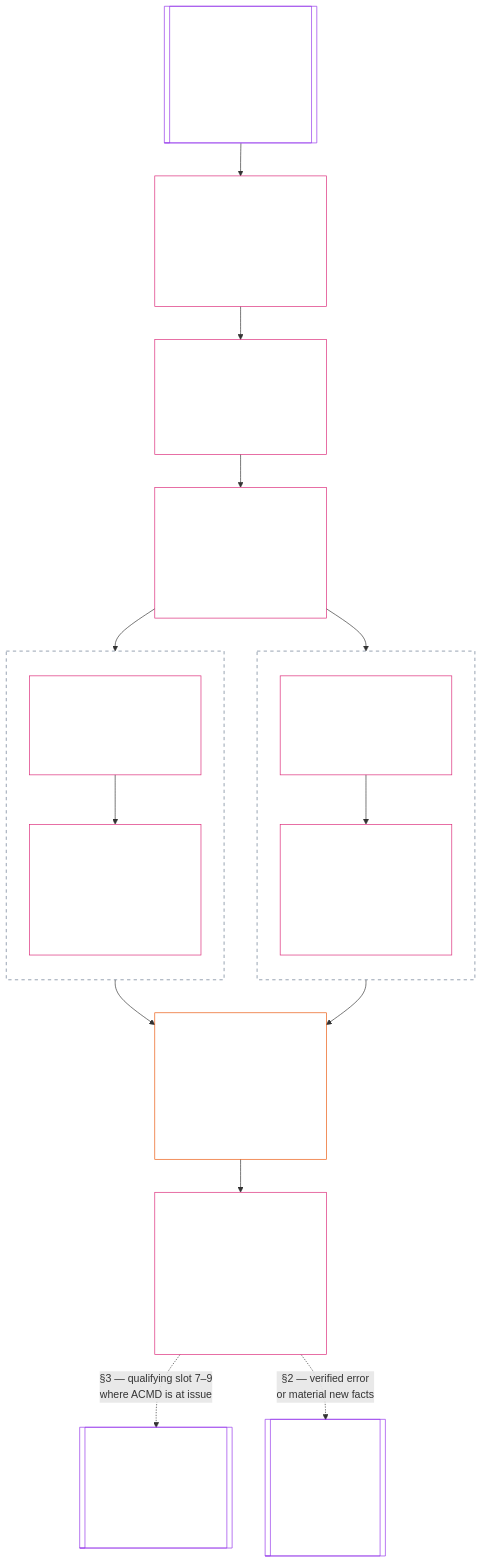
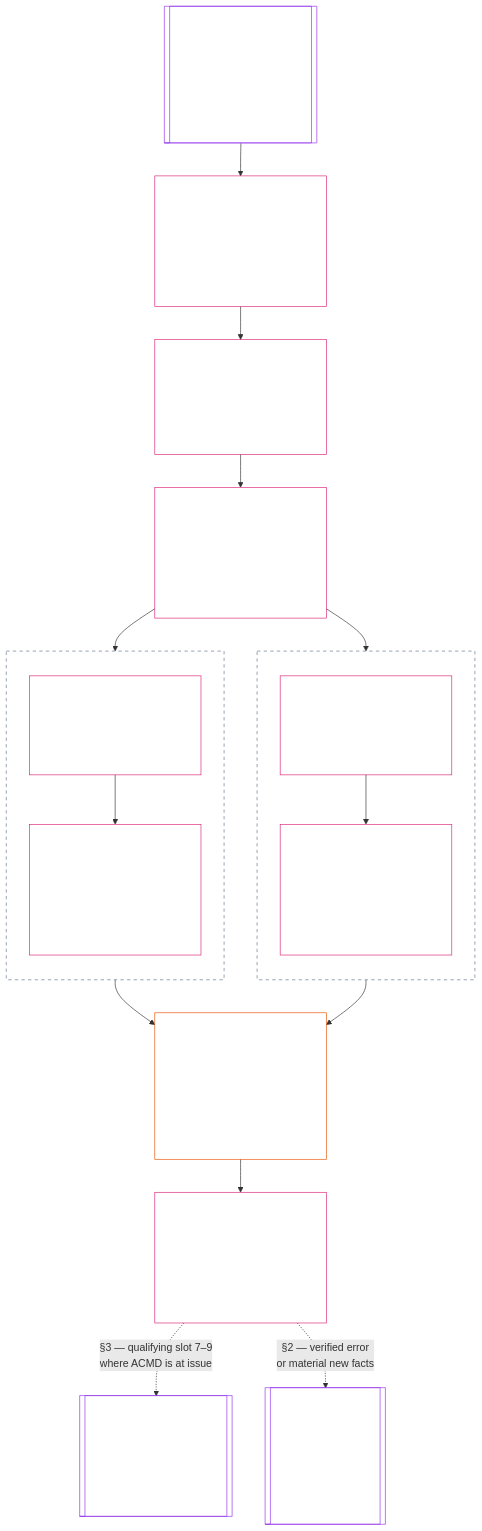
One commit to kfoelsch/Sentient_Constitution changed the diagram in core_13.000_standing_integration.md. Above: the diagram before and after it, drawn with Mermaid. The commit also changed other lines of this file and 23 other files, not shown here.

````diff
--- a/core_13.000_standing_integration.md
+++ b/core_13.000_standing_integration.md
@@ -60,47 +60,47 @@
 ```mermaid
 flowchart TB
     I[["Chapters Eleven and Twelve<br/><br/>Outside this chapter<br/><br/>Verified standing records and slots<br/>(Questions 1 and 2)"]]
     S2["§2 Chapter Eleven records do not change<br/><br/>Use only the standing records that apply<br/>Contribution and violation stay separate"]
     S3["§3 Automatic integration, review, and continuity<br/><br/>An integration record follows automatically<br/>The decision order is fixed"]
     S4["§4 Descriptor integration and attachment normalization<br/><br/>Shared descriptors and attachments are normalized<br/>Neither slot changes"]
     subgraph V["Violation track: decided first"]
         direction TB
         S5["§5 Violation, correction, and prevention<br/><br/>Remedy and correction,<br/>then general standing locks"]
         S6["§6 Lock design and enforcement<br/><br/>Definition, proportionality,<br/>special violation rules,<br/>special locks, and<br/>interim holds"]
         S5 --> S6
     end
     subgraph C["Contribution track: decided second"]
         direction TB
         S71["§7.1 Recency and currentness<br/><br/>How current the verified<br/>contribution still is"]
         S72["§7.2 Competency bars and clearances<br/><br/>Only for gated pathways<br/>that no lock blocks<br/>Never offsets a verified<br/>harm or cancels a lock"]
         S71 --> S72
     end
     S8["§8 Final standing effect<br/><br/>One effect for each applicable gated pathway:<br/>open, open with safeguards, limited,<br/>blocked, restoration-only, or no effect"]
-    S9["§9–§11 After the effect is stated<br/><br/>§9 Restoration and reassessment<br/>§10 Enforcement realism and remedy systems<br/>§11 Pattern applications and Question 3 routing"]
+    S9["§9–§10 After the effect is stated<br/><br/>§9 Restoration and reassessment<br/>§10 Enforcement realism and remedy systems"]
     X14[["Chapter Fourteen<br/><br/>Outside this chapter<br/><br/>Decides only the anti-constitutional-misconduct<br/>designation (ACMD)"]]
     X15[["Chapter Fifteen<br/><br/>Outside this chapter<br/><br/>Forum supervision<br/>Set aside, update,<br/>correct, or supersede<br/>a standing record"]]
     I --> S2
     S2 --> S3
     S3 --> S4
     S4 --> V
     S4 --> C
     V --> S8
     C --> S8
     S8 --> S9
     S9 -.->|"§3 — qualifying slot 7–9<br/>where ACMD is at issue"| X14
     S9 -.->|"§2 — verified error<br/>or material new facts"| X15
     style I fill:none,stroke:#9333ea,color:#ffffff
     style X14 fill:none,stroke:#9333ea,color:#ffffff
     style X15 fill:none,stroke:#9333ea,color:#ffffff
     style S2 fill:none,stroke:#db2777,color:#ffffff
     style S3 fill:none,stroke:#db2777,color:#ffffff
     style S4 fill:none,stroke:#db2777,color:#ffffff
     style S5 fill:none,stroke:#db2777,color:#ffffff
     style S6 fill:none,stroke:#db2777,color:#ffffff
     style S71 fill:none,stroke:#db2777,color:#ffffff
     style S72 fill:none,stroke:#db2777,color:#ffffff
     style S8 fill:none,stroke:#ea580c,color:#ffffff
     style S9 fill:none,stroke:#db2777,color:#ffffff
     style V fill:none,stroke:#64748b,color:#ffffff,stroke-dasharray: 5 5
     style C fill:none,stroke:#64748b,color:#ffffff,stroke-dasharray: 5 5
 ```
````
